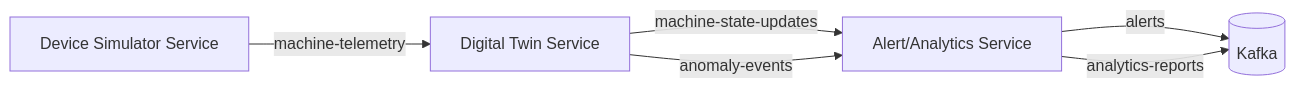
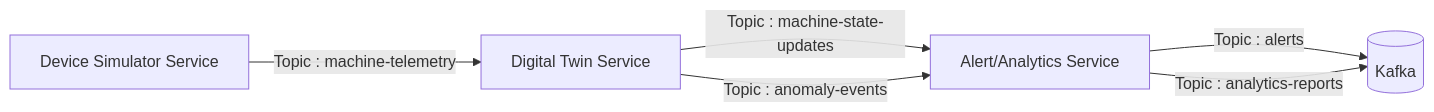
Before and after one commit to Saptaswa-Goswami/Industrial-Digital-Twin: the diagram in README.md, drawn with Mermaid. The commit also changed other lines of this file, not shown here.

Commit message:
Enhanced the architecture image

````diff
--- a/README.md
+++ b/README.md
@@ -11,8 +9,8 @@
 ```mermaid
 graph LR
-    A[Device Simulator Service] -->|machine-telemetry| B[Digital Twin Service]
-    B -->|machine-state-updates| C[Alert/Analytics Service]
-    B -->|anomaly-events| C
-    C -->|alerts| D[(Kafka)]
-    C -->|analytics-reports| D
+    A[Device Simulator Service] -->|Topic : machine-telemetry| B[Digital Twin Service]
+    B -->|Topic : machine-state-updates| C[Alert/Analytics Service]
+    B -->|Topic : anomaly-events| C
+    C -->|Topic : alerts| D[(Kafka)]
+    C -->|Topic : analytics-reports| D
 ```
````
